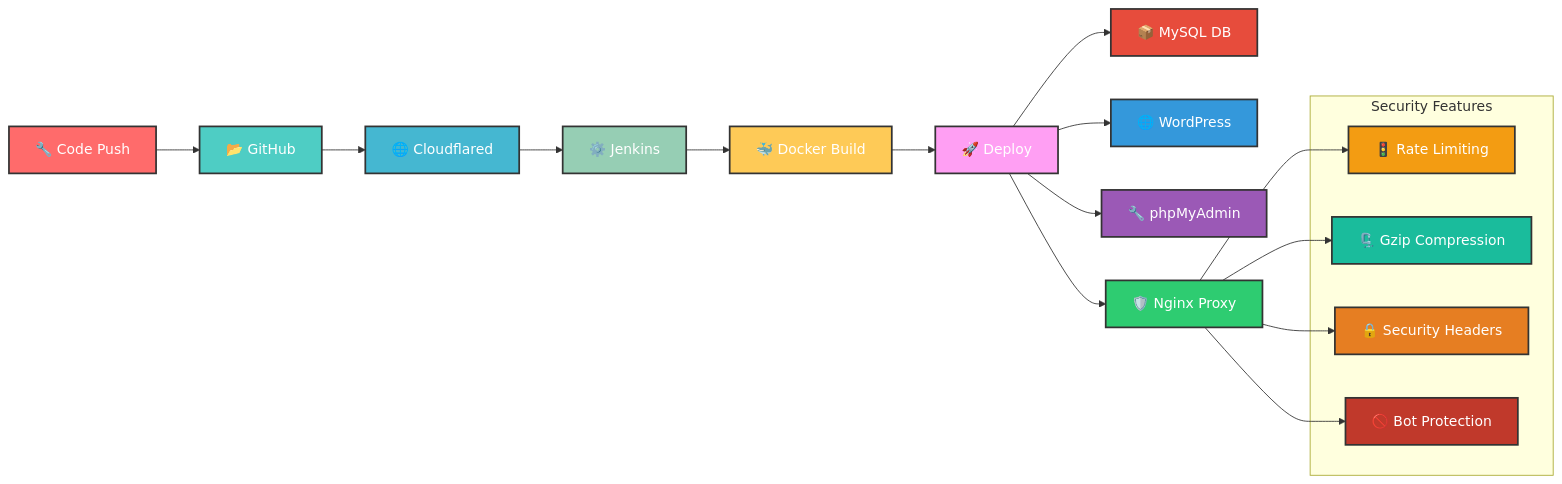
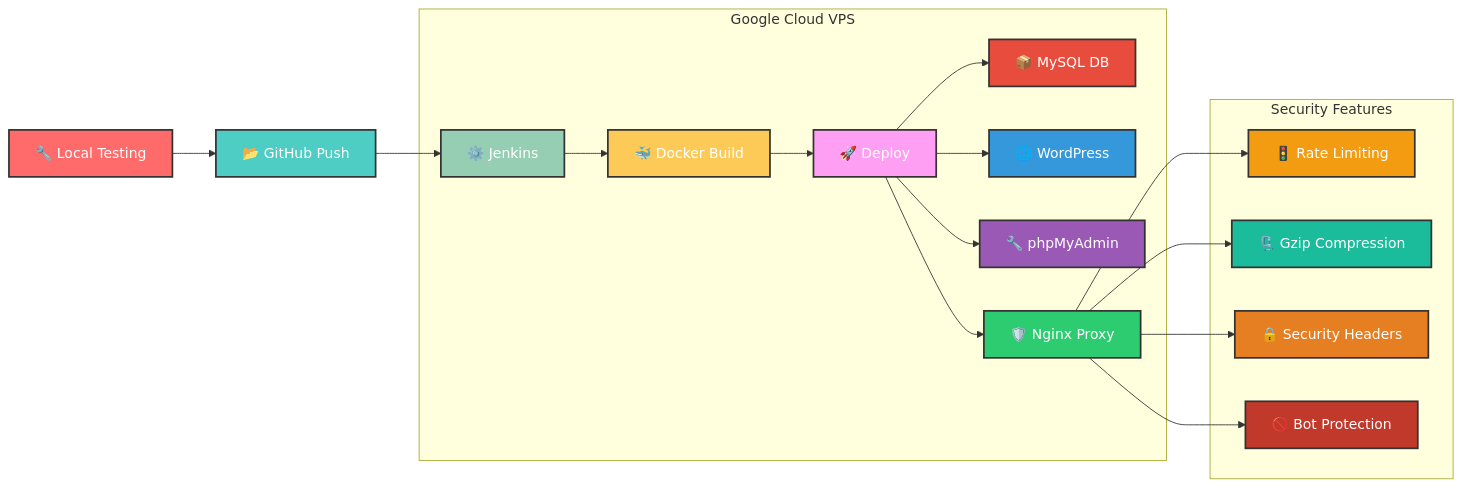
The first of 13 diagrams in README.md (Kadacheahmedrami/Jenkins-pipeline-automation), drawn with Mermaid before and after one commit.

Commit message:
Test ci cd trigger

````diff
--- a/README.md
+++ b/README.md
@@ -5,40 +5,48 @@
 ```mermaid
 flowchart LR
-    A[🔧 Code Push] --> B[📂 GitHub]
-    B --> C[🌐 Cloudflared]
-    C --> D[⚙️ Jenkins]
-    D --> E[🐳 Docker Build]
-    E --> F[🚀 Deploy]
+    A[🔧 Local Testing] --> B[📂 GitHub Push]
+    B --> D[⚙️ Jenkins]
     
-    F --> G[📦 MySQL DB]
-    F --> H[🌐 WordPress]
-    F --> I[🔧 phpMyAdmin]
-    F --> J[🛡️ Nginx Proxy]
+    subgraph "Google Cloud VPS"
+        D
+        E[🐳 Docker Build]
+        F[🚀 Deploy]
+        G[📦 MySQL DB]
+        H[🌐 WordPress]
+        I[🔧 phpMyAdmin]
+        J[🛡️ Nginx Proxy]
+    end
+    D --> E
+    E --> F
+    F --> G
+    F --> H
+    F --> I
+    F --> J
     
     subgraph "Security Features"
         K[🚦 Rate Limiting]
         L[🗜️ Gzip Compression]
         M[🔒 Security Headers]
         N[🚫 Bot Protection]
     end
     
     J --> K
     J --> L
     J --> M
     J --> N
     
     style A fill:#ff6b6b,stroke:#333,stroke-width:2px,color:#fff
     style B fill:#4ecdc4,stroke:#333,stroke-width:2px,color:#fff
-    style C fill:#45b7d1,stroke:#333,stroke-width:2px,color:#fff
+
     style D fill:#96ceb4,stroke:#333,stroke-width:2px,color:#fff
     style E fill:#feca57,stroke:#333,stroke-width:2px,color:#fff
     style F fill:#ff9ff3,stroke:#333,stroke-width:2px,color:#fff
     style G fill:#e74c3c,stroke:#333,stroke-width:2px,color:#fff
     style H fill:#3498db,stroke:#333,stroke-width:2px,color:#fff
     style I fill:#9b59b6,stroke:#333,stroke-width:2px,color:#fff
     style J fill:#2ecc71,stroke:#333,stroke-width:2px,color:#fff
     style K fill:#f39c12,stroke:#333,stroke-width:2px,color:#fff
     style L fill:#1abc9c,stroke:#333,stroke-width:2px,color:#fff
     style M fill:#e67e22,stroke:#333,stroke-width:2px,color:#fff
     style N fill:#c0392b,stroke:#333,stroke-width:2px,color:#fff
 ```
````
